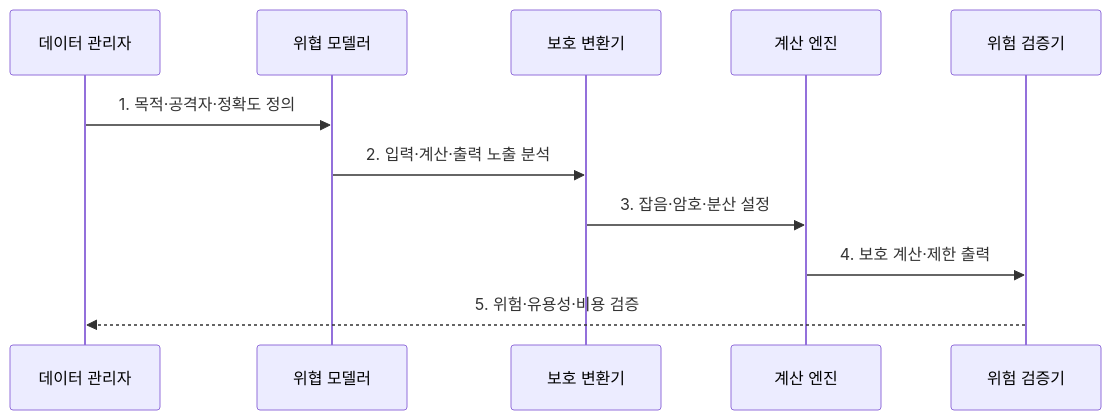
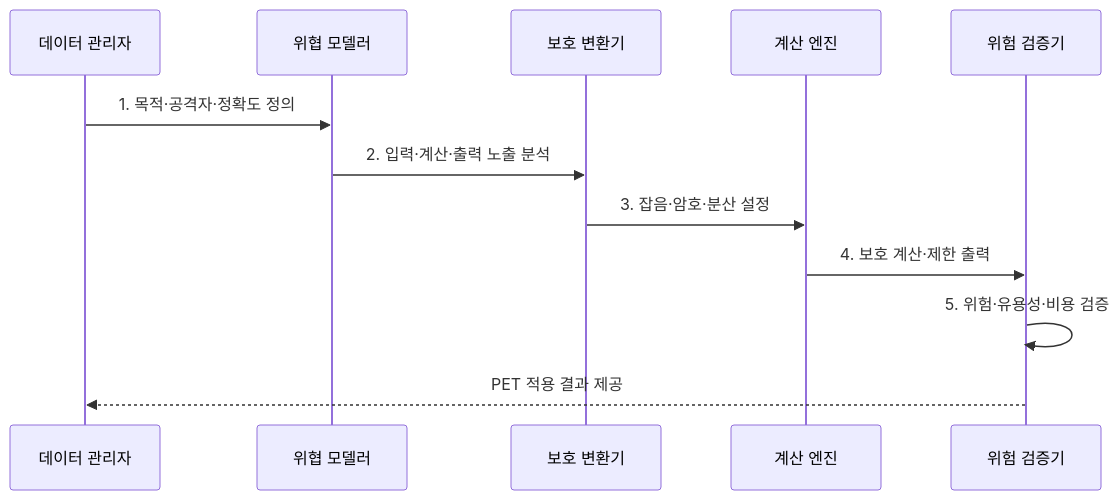
One commit to agnusdei1207/knowledge-base changed the second of 2 diagrams in src/content/docs/notes/05-security/100_privacy_enhancing_technologies.md. Above: the diagram before and after it, drawn with Mermaid. The commit also changed other lines of this file and 20 other files, not shown here.

````diff
--- a/src/content/docs/notes/05-security/100_privacy_enhancing_technologies.md
+++ b/src/content/docs/notes/05-security/100_privacy_enhancing_technologies.md
@@ -82,13 +83,14 @@
 ```mermaid
 sequenceDiagram
     participant O as 데이터 관리자
     participant T as 위협 모델러
     participant P as 보호 변환기
     participant C as 계산 엔진
     participant V as 위험 검증기
     O->>T: 1. 목적·공격자·정확도 정의
     T->>P: 2. 입력·계산·출력 노출 분석
     P->>C: 3. 잡음·암호·분산 설정
     C->>V: 4. 보호 계산·제한 출력
-    V-->>O: 5. 위험·유용성·비용 검증
+    V->>V: 5. 위험·유용성·비용 검증
+    V-->>O: PET 적용 결과 제공
 ```
````
